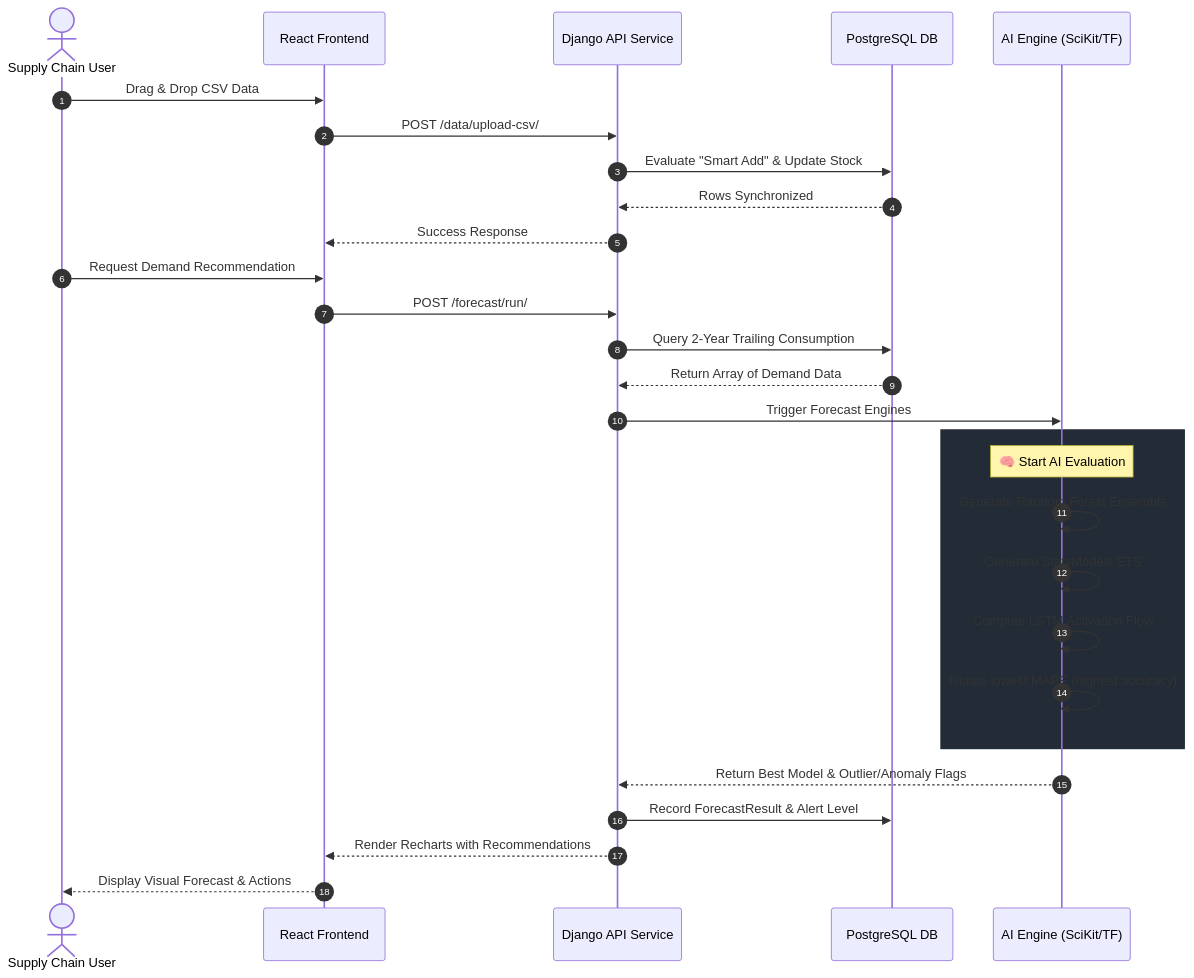
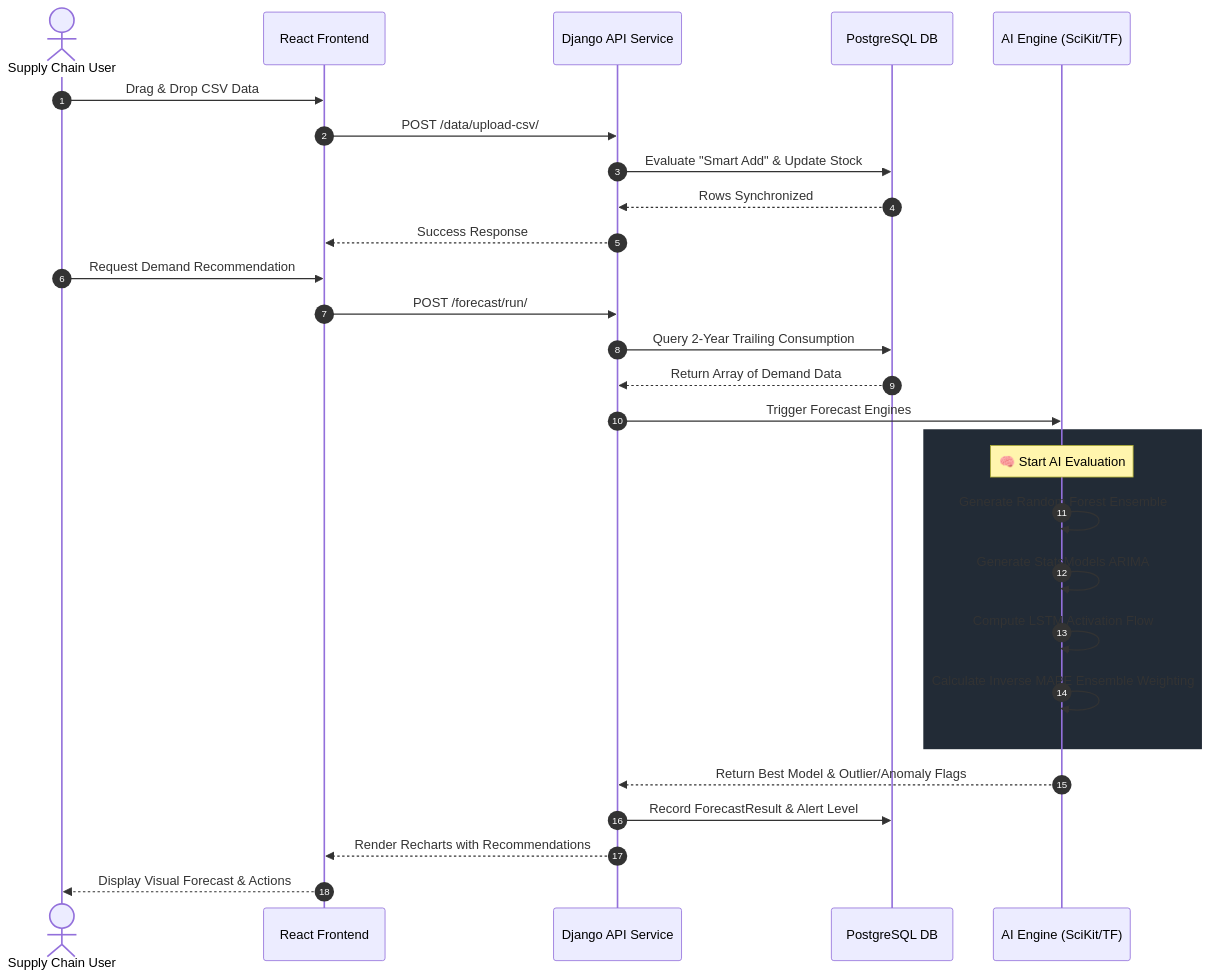
The diagram in README.md (bhushantile20/DemandLens), drawn with Mermaid before and after one commit. The commit also changed other lines of this file and 1 other file, not shown here.

````diff
--- a/README.md
+++ b/README.md
@@ -127,34 +127,34 @@
 ```mermaid
 sequenceDiagram
     autonumber
     actor U as Supply Chain User
     participant CLI as React Frontend
     participant API as Django API Service
     participant DB as PostgreSQL DB
     participant AI as AI Engine (SciKit/TF)
     
     U->>CLI: Drag & Drop CSV Data
     CLI->>API: POST /data/upload-csv/
     API->>DB: Evaluate "Smart Add" & Update Stock
     DB-->>API: Rows Synchronized
     API-->>CLI: Success Response
     
     U->>CLI: Request Demand Recommendation
     CLI->>API: POST /forecast/run/
     API->>DB: Query 2-Year Trailing Consumption
     DB-->>API: Return Array of Demand Data
     API->>AI: Trigger Forecast Engines
     
     rect rgb(34, 43, 54)
     Note over AI: 🧠 Start AI Evaluation
     AI->>AI: Generate Random Forest Ensemble
-    AI->>AI: Generate StatsModels ETS
+    AI->>AI: Generate StatsModels ARIMA
     AI->>AI: Compute LSTM Activation Flow
-    AI->>AI: Isolate lowest MAPE (highest accuracy)
+    AI->>AI: Calculate Inverse MAPE Ensemble Weighting
     end
     
     AI-->>API: Return Best Model & Outlier/Anomaly Flags
     API->>DB: Record ForecastResult & Alert Level
     API-->>CLI: Render Recharts with Recommendations
     CLI-->>U: Display Visual Forecast & Actions
 ```
````
